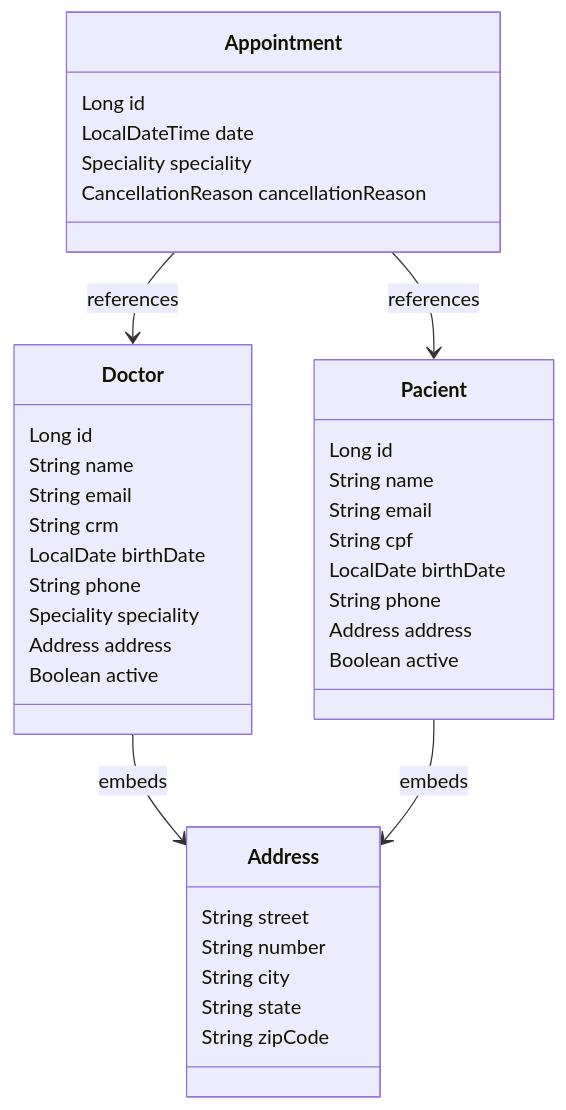
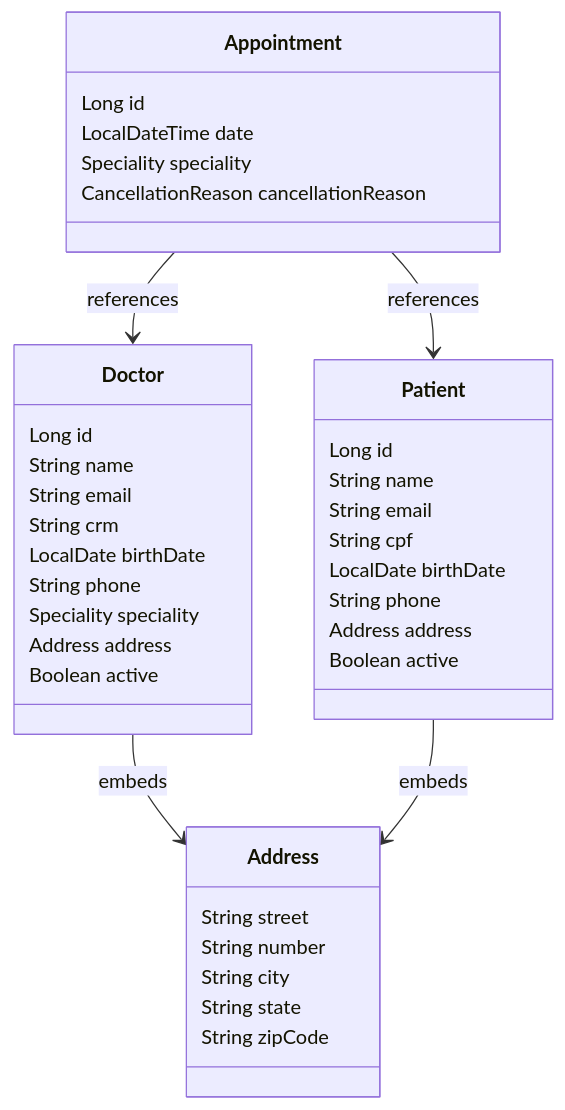
One commit to nato960/gesundklinik-springboot-api changed the second of 2 diagrams in README.md. Above: the diagram before and after it, drawn with Mermaid. The commit also changed other lines of this file, not shown here.

````diff
--- a/README.md
+++ b/README.md
@@ -96,46 +105,46 @@
 ``` mermaid
 classDiagram
     class Doctor {
         Long id
         String name
         String email
         String crm
         LocalDate birthDate
         String phone
         Speciality speciality
         Address address
         Boolean active
     }
 
-    class Pacient {
+    class Patient {
         Long id
         String name
         String email
         String cpf
         LocalDate birthDate
         String phone
         Address address
         Boolean active
     }
 
     class Appointment {
         Long id
         LocalDateTime date
         Speciality speciality
         CancellationReason cancellationReason
     }
 
     class Address {
         String street
         String number
         String city
         String state
         String zipCode
     }
 
     Doctor --> Address : embeds
-    Pacient --> Address : embeds
+    Patient --> Address : embeds
     Appointment --> Doctor : references
-    Appointment --> Pacient : references
+    Appointment --> Patient : references
 
 ```
````
